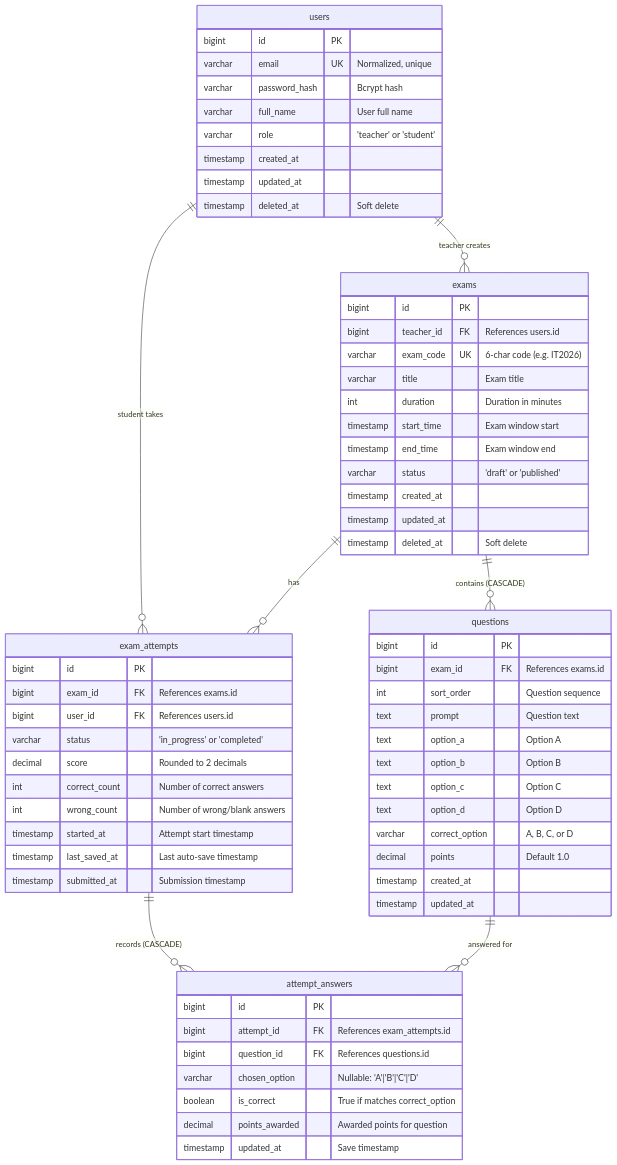
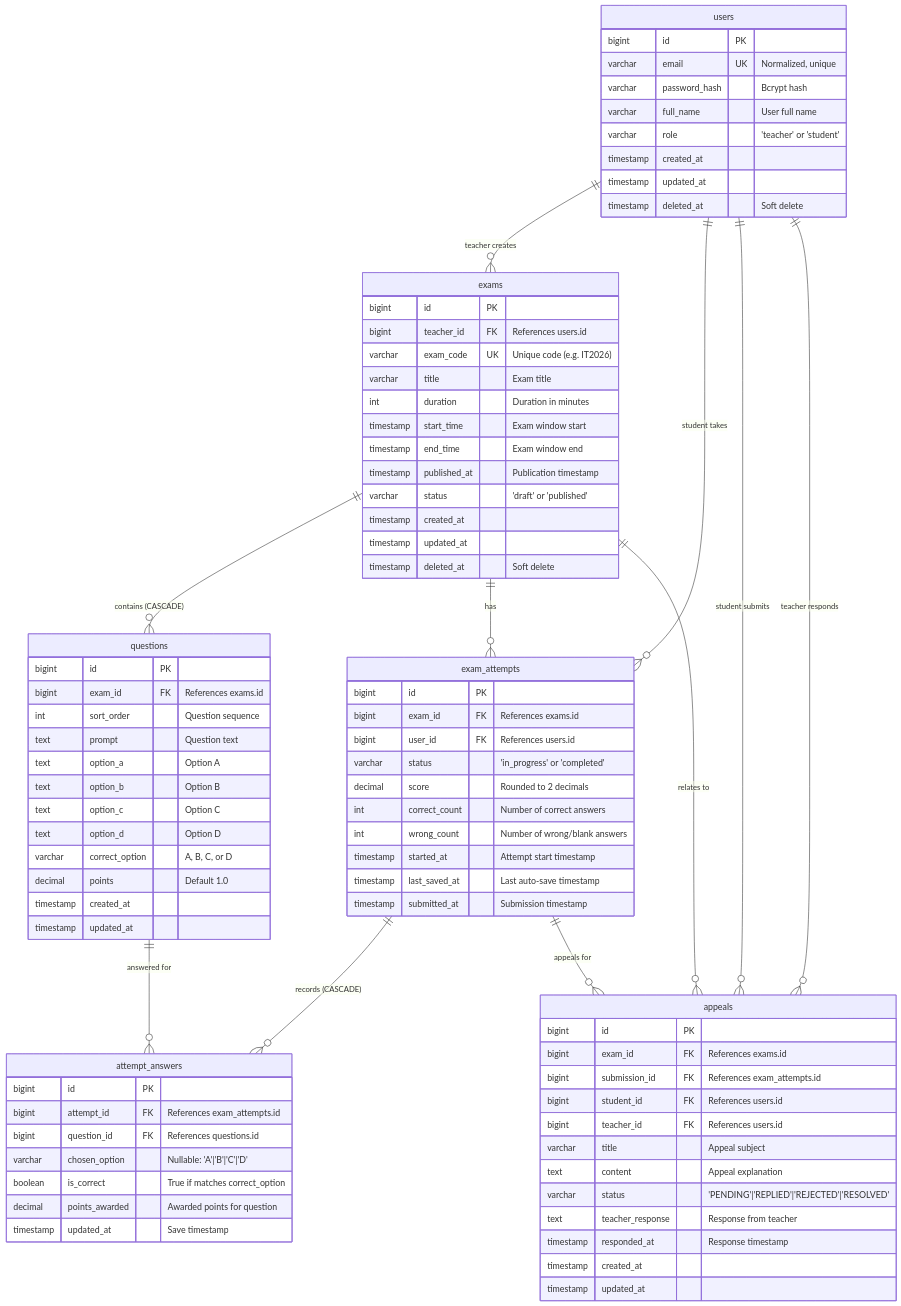
The first of 3 diagrams in ARCHITECTURE_AND_REPORT.md (NguenDung/exam-system-mvp), drawn with Mermaid before and after one commit. The commit also changed other lines of this file and 16 other files, not shown here.

````diff
--- a/ARCHITECTURE_AND_REPORT.md
+++ b/ARCHITECTURE_AND_REPORT.md
@@ -63,9 +63,13 @@
 erDiagram
     users ||--o{ exams : "teacher creates"
     users ||--o{ exam_attempts : "student takes"
+    users ||--o{ appeals : "student submits"
+    users ||--o{ appeals : "teacher responds"
     exams ||--o{ questions : "contains (CASCADE)"
     exams ||--o{ exam_attempts : "has"
+    exams ||--o{ appeals : "relates to"
     exam_attempts ||--o{ attempt_answers : "records (CASCADE)"
+    exam_attempts ||--o{ appeals : "appeals for"
     questions ||--o{ attempt_answers : "answered for"
 
     users {
@@ -82,11 +86,12 @@
     exams {
         bigint id PK
         bigint teacher_id FK "References users.id"
-        varchar exam_code UK "6-char code (e.g. IT2026)"
+        varchar exam_code UK "Unique code (e.g. IT2026)"
         varchar title "Exam title"
         int duration "Duration in minutes"
         timestamp start_time "Exam window start"
         timestamp end_time "Exam window end"
+        timestamp published_at "Publication timestamp"
         varchar status "'draft' or 'published'"
         timestamp created_at
         timestamp updated_at
@@ -130,4 +135,19 @@
         decimal points_awarded "Awarded points for question"
         timestamp updated_at "Save timestamp"
     }
+
+    appeals {
+        bigint id PK
+        bigint exam_id FK "References exams.id"
+        bigint submission_id FK "References exam_attempts.id"
+        bigint student_id FK "References users.id"
+        bigint teacher_id FK "References users.id"
+        varchar title "Appeal subject"
+        text content "Appeal explanation"
+        varchar status "'PENDING'|'REPLIED'|'REJECTED'|'RESOLVED'"
+        text teacher_response "Response from teacher"
+        timestamp responded_at "Response timestamp"
+        timestamp created_at
+        timestamp updated_at
+    }
 ```
````
